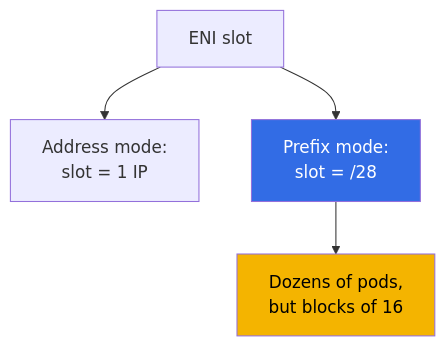
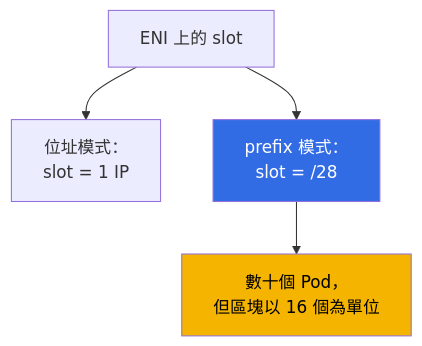
Before and after one commit to ViktorUJ/cks: the first of 2 diagrams in tasks/eks/course/07/tw.md, drawn with Mermaid. The commit also changed other lines of this file and 534 other files, not shown here.

````diff
--- a/tasks/eks/course/07/tw.md
+++ b/tasks/eks/course/07/tw.md
@@ -20,8 +27,8 @@
 ```mermaid
 flowchart TB
-    eni["ENI slot"] --> sec["Address mode:<br/>slot = 1 IP"]
-    eni --> pfx["Prefix mode:<br/>slot = /28"]
-    pfx --> pfxr["Dozens of pods,<br/>but blocks of 16"]
+    eni["ENI 上的 slot"] --> sec["位址模式：<br/>slot = 1 IP"]
+    eni --> pfx["prefix 模式：<br/>slot = /28"]
+    pfx --> pfxr["數十個 Pod，<br/>但區塊以 16 個為單位"]
     style pfx fill:#326ce5,color:#fff
     style pfxr fill:#f4b400,color:#000
 ```
````
